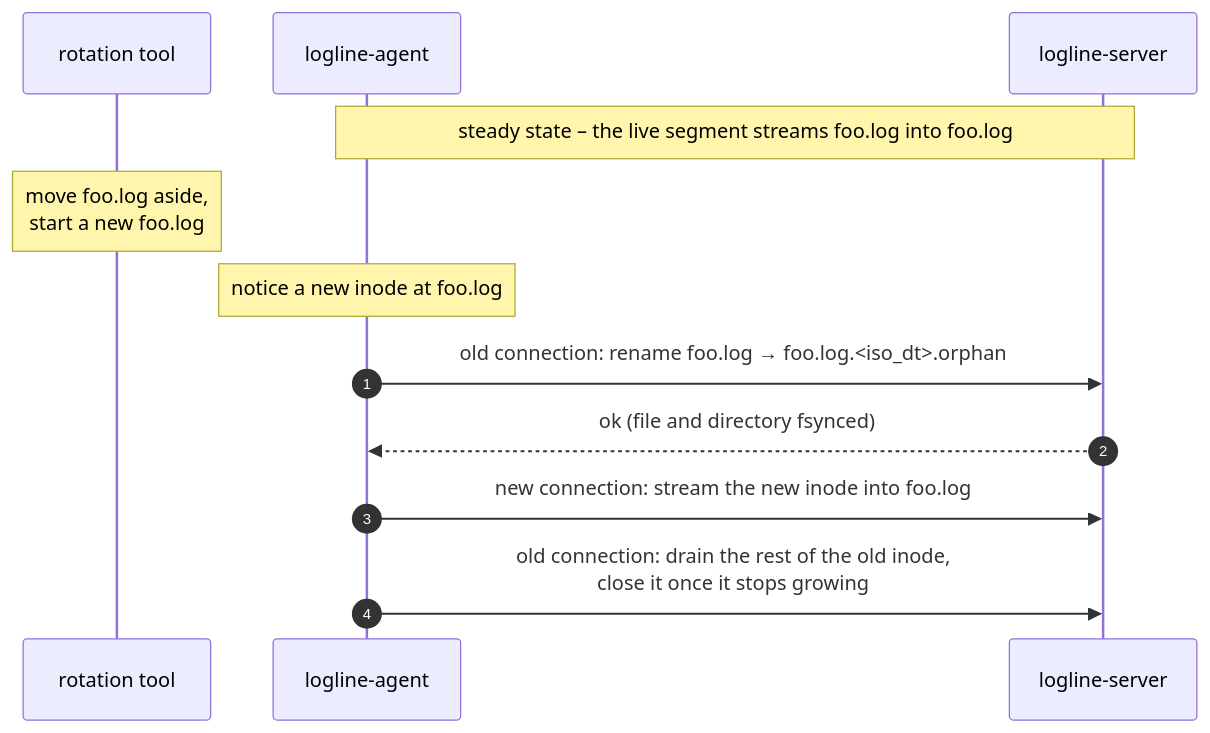
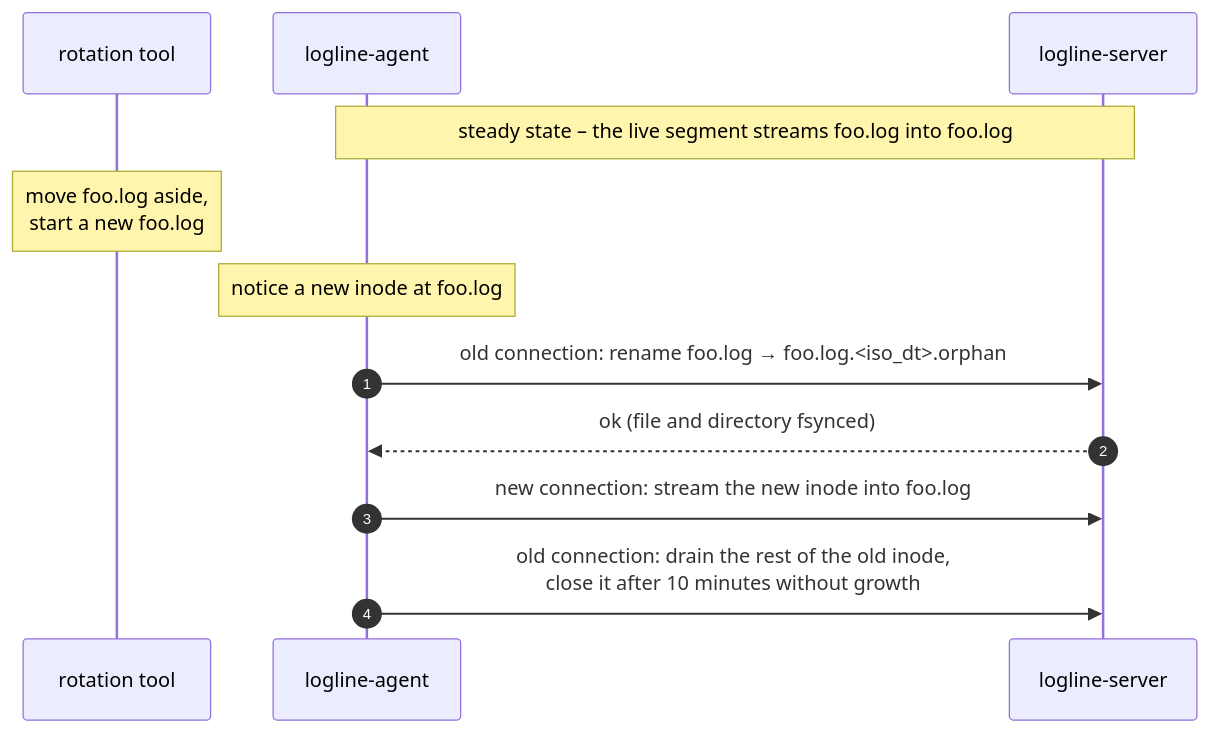
Before and after one commit to leadhub-code/logline: the second of 3 diagrams in README.md, drawn with Mermaid. The commit also changed other lines of this file, not shown here.

````diff
--- a/README.md
+++ b/README.md
@@ -253,15 +253,15 @@
 ```mermaid
 sequenceDiagram
     autonumber
     participant R as rotation tool
     participant A as logline-agent
     participant S as logline-server
 
     Note over A,S: steady state – the live segment streams foo.log into foo.log
     Note over R: move foo.log aside,<br/>start a new foo.log
     Note over A: notice a new inode at foo.log
     A->>S: old connection: rename foo.log → foo.log.#lt;iso_dt#gt;.orphan
     S-->>A: ok (file and directory fsynced)
     A->>S: new connection: stream the new inode into foo.log
-    A->>S: old connection: drain the rest of the old inode,<br/>close it once it stops growing
+    A->>S: old connection: drain the rest of the old inode,<br/>close it after 10 minutes without growth
 ```
````
